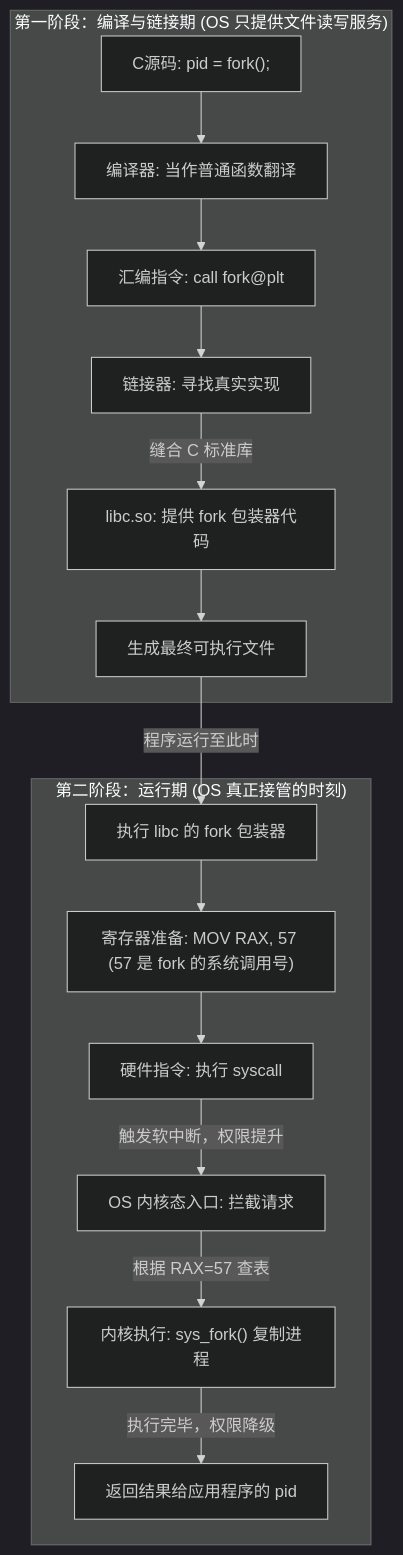
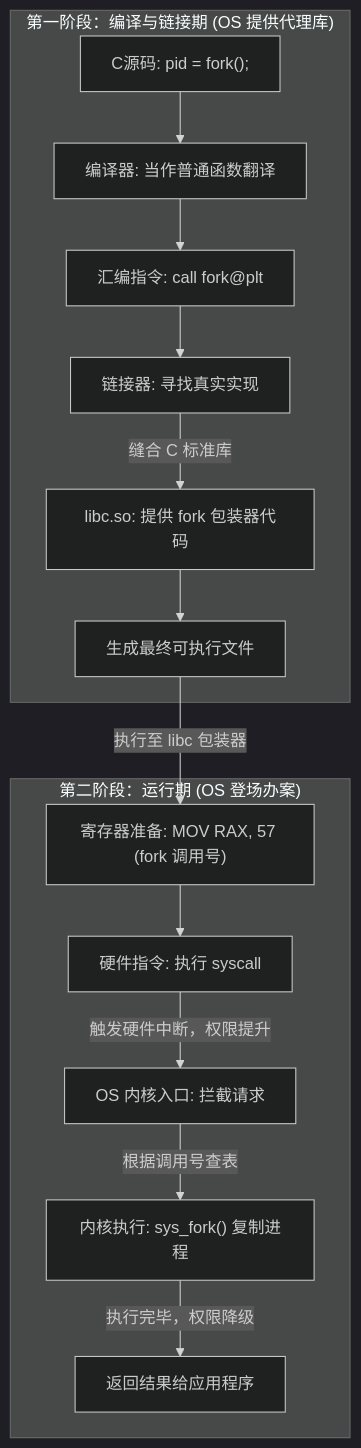
One commit to Lysssyo/Lysssyo.github.io changed the fourth of 6 diagrams in docs/01-计算机基础/操作系统/指令集、芯片与操作系统的底层协同.md. Above: the diagram before and after it, drawn with Mermaid (dark theme). The commit also changed other lines of this file and 1 other file, not shown here.

````diff
--- a/docs/01-计算机基础/操作系统/指令集、芯片与操作系统的底层协同.md
+++ b/docs/01-计算机基础/操作系统/指令集、芯片与操作系统的底层协同.md
@@ -155,20 +132,19 @@
 ```mermaid
 graph TD
-    subgraph "第一阶段：编译与链接期 (OS 只提供文件读写服务)"
+    subgraph "第一阶段：编译与链接期 (OS 提供代理库)"
         SourceCode["C源码: pid = fork();"] --> Compiler["编译器: 当作普通函数翻译"]
         Compiler --> ASMCall["汇编指令: call fork@plt"]
         ASMCall --> Linker["链接器: 寻找真实实现"]
         Linker -->|"缝合 C 标准库"| LibcWrapper["libc.so: 提供 fork 包装器代码"]
         LibcWrapper --> Executable["生成最终可执行文件"]
     end
 
-    subgraph "第二阶段：运行期 (OS 真正接管的时刻)"
-        Executable -->|"程序运行至此时"| RunLibc["执行 libc 的 fork 包装器"]
-        RunLibc --> PrepReg["寄存器准备: MOV RAX, 57 (57 是 fork 的系统调用号)"]
+    subgraph "第二阶段：运行期 (OS 登场办案)"
+        Executable -->|"执行至 libc 包装器"| PrepReg["寄存器准备: MOV RAX, 57 (fork 调用号)"]
         PrepReg --> SyscallInstr["硬件指令: 执行 syscall"]
         
-        SyscallInstr -->|"触发软中断，权限提升"| KernelEntry["OS 内核态入口: 拦截请求"]
-        KernelEntry -->|"根据 RAX=57 查表"| SysForkExec["内核执行: sys_fork() 复制进程"]
-        SysForkExec -->|"执行完毕，权限降级"| ReturnUser["返回结果给应用程序的 pid"]
+        SyscallInstr -->|"触发硬件中断，权限提升"| KernelEntry["OS 内核入口: 拦截请求"]
+        KernelEntry -->|"根据调用号查表"| SysForkExec["内核执行: sys_fork() 复制进程"]
+        SysForkExec -->|"执行完毕，权限降级"| ReturnUser["返回结果给应用程序"]
     end
 ```
````
